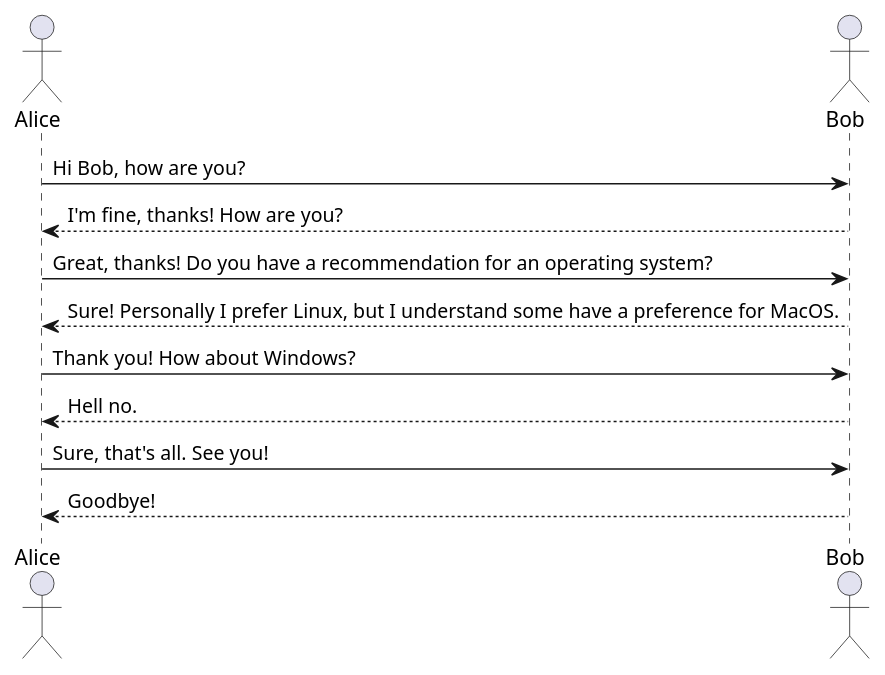
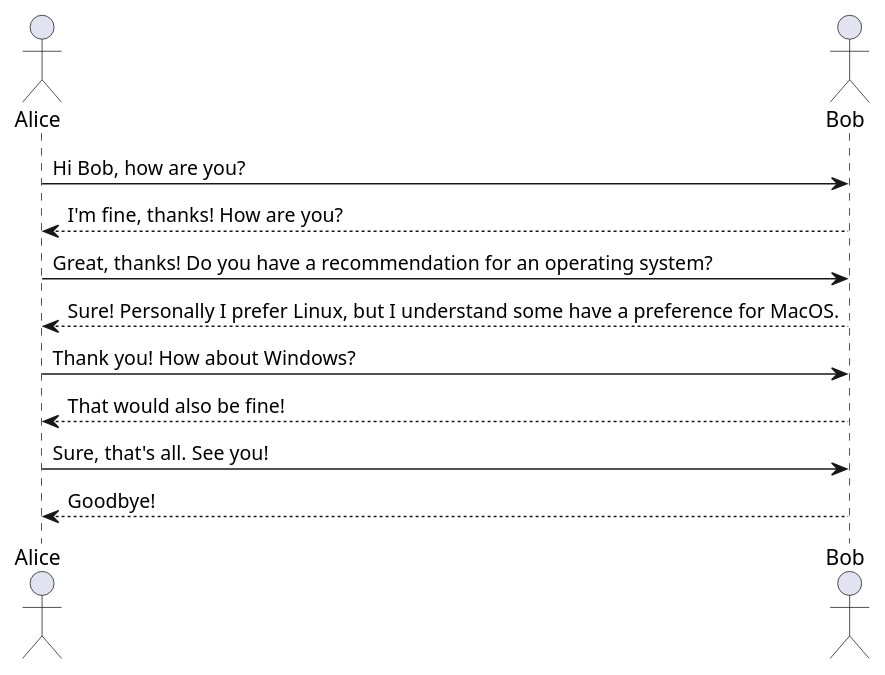
One commit to harcomaase/lsp-gpt changed the diagram in assets/workspace-test/test1.puml. Above: the diagram before and after it, drawn with PlantUML. The commit also changed 4 other files, not shown here.

```diff
--- a/assets/workspace-test/test1.puml
+++ b/assets/workspace-test/test1.puml
@@ -1,15 +1,15 @@
 @startuml test document number 1
 
 actor a as "Alice"
 actor b as "Bob"
 
 a -> b : Hi Bob, how are you?
 b --> a : I'm fine, thanks! How are you?
 a -> b : Great, thanks! Do you have a recommendation for an operating system?
 b --> a : Sure! Personally I prefer Linux, but I understand some have a preference for MacOS.
 a -> b : Thank you! How about Windows?
-b --> a : Hell no.
+b --> a : That would also be fine!
 a -> b : Sure, that's all. See you!
 b --> a : Goodbye!
 
 @enduml
```
